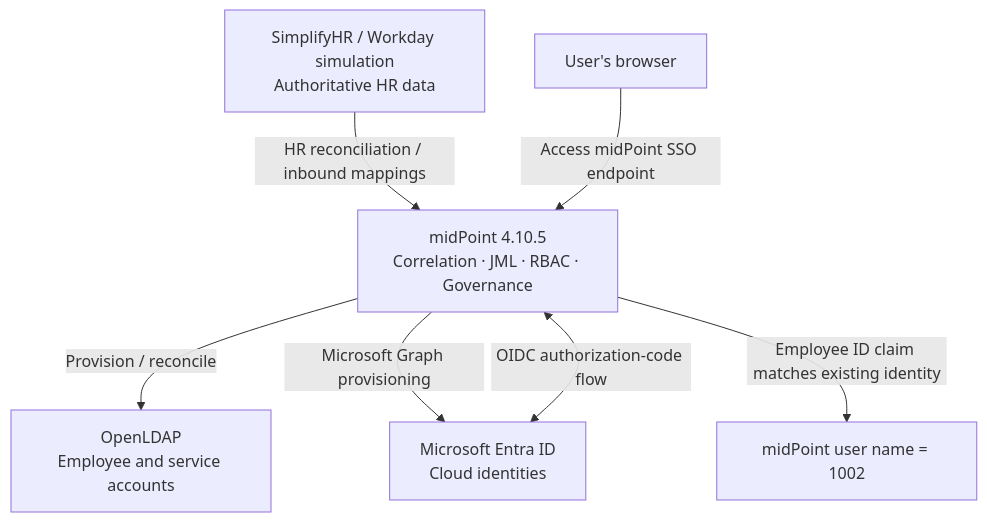
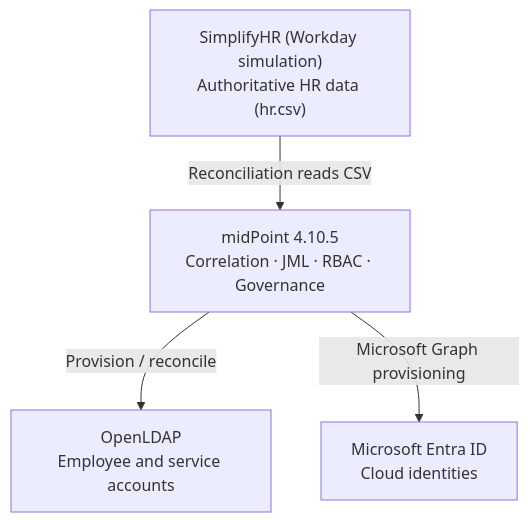
Before and after one commit to Thierno16/HR-Driven-Identity-Lifecycle-Management-midPoint: the first of 2 diagrams in README.md, drawn with Mermaid. The commit also changed other lines of this file, not shown here.

````diff
--- a/README.md
+++ b/README.md
@@ -15,9 +65,6 @@
 ```mermaid
 flowchart TD
-  HR["SimplifyHR / Workday simulation<br/>Authoritative HR data"] -->|HR reconciliation / inbound mappings| MP["midPoint 4.10.5<br/>Correlation · JML · RBAC · Governance"]
+  HR["SimplifyHR (Workday simulation)<br/>Authoritative HR data (hr.csv)"] -->|Reconciliation reads CSV| MP["midPoint 4.10.5<br/>Correlation · JML · RBAC · Governance"]
   MP -->|Provision / reconcile| LDAP["OpenLDAP<br/>Employee and service accounts"]
   MP -->|Microsoft Graph provisioning| ENTRA["Microsoft Entra ID<br/>Cloud identities"]
-  USER["User's browser"] -->|Access midPoint SSO endpoint| MP
-  MP <-->|OIDC authorization-code flow| ENTRA
-  MP -->|Employee ID claim matches existing identity| PERSON["midPoint user name = 1002"]
 ```
````
